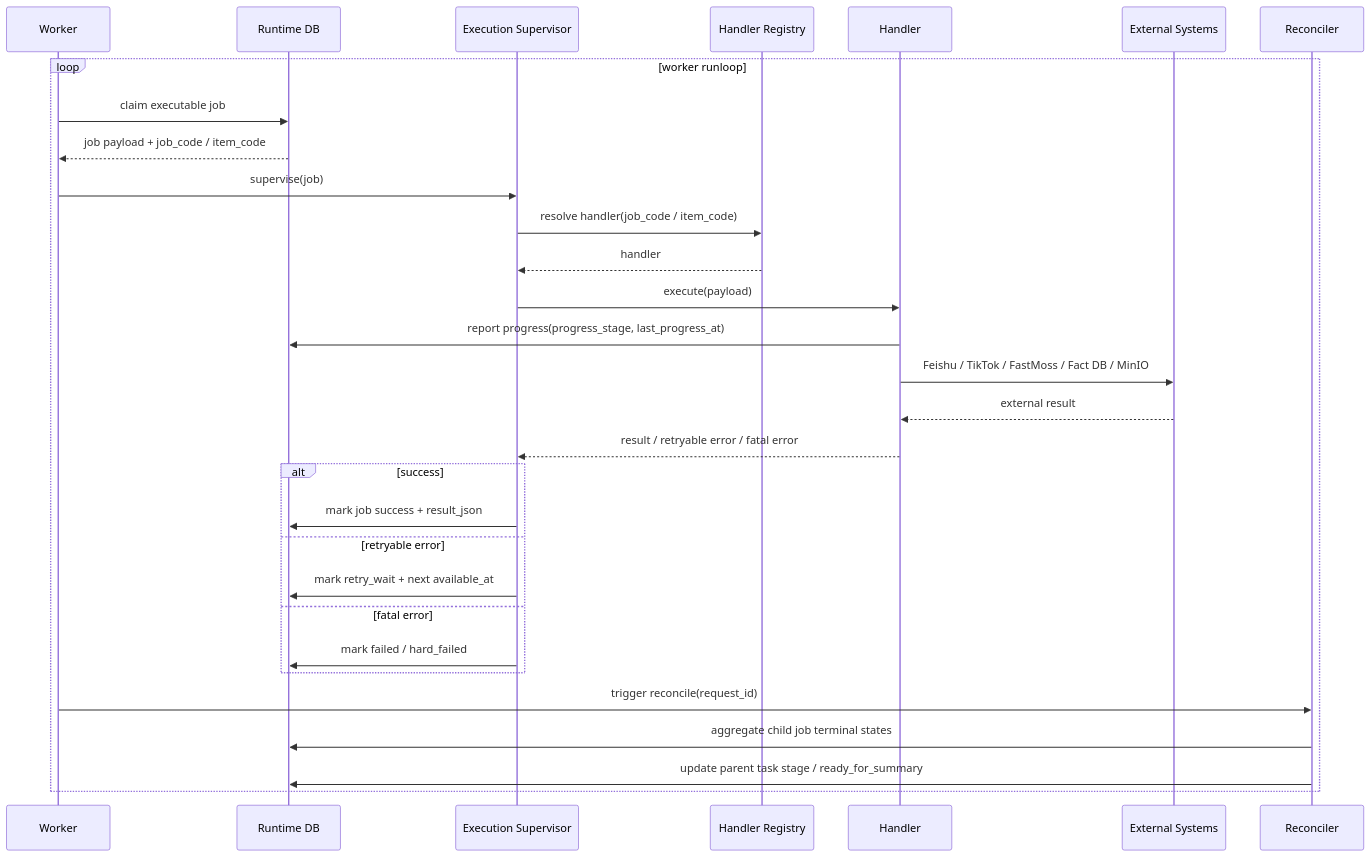
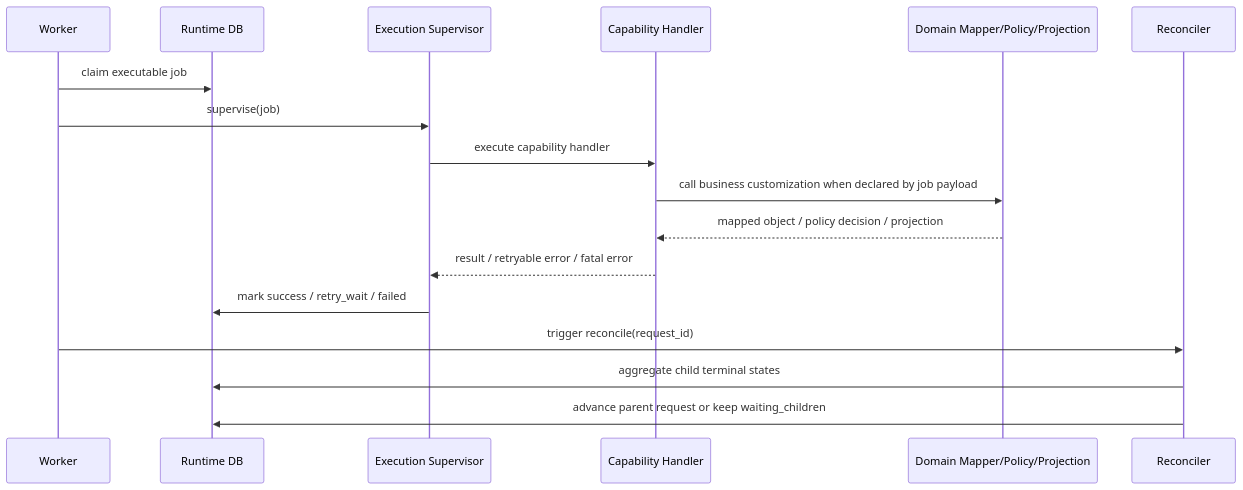
One commit to knighterrantsky/mujitask changed the fifth of 6 diagrams in docs/arch/current-system-architecture-design.md. Above: the diagram before and after it, drawn with Mermaid. The commit also changed other lines of this file and 49 other files, not shown here.

Commit message:
Add layered architecture contracts

````diff
--- a/docs/arch/current-system-architecture-design.md
+++ b/docs/arch/current-system-architecture-design.md
@@ -281,35 +376,20 @@
 ```mermaid
 sequenceDiagram
     participant W as Worker
     participant DB as Runtime DB
     participant S as Execution Supervisor
-    participant R as Handler Registry
-    participant H as Handler
-    participant X as External Systems
+    participant H as Capability Handler
+    participant D as Domain Mapper/Policy/Projection
     participant Rec as Reconciler
 
-    loop worker runloop
-        W->>DB: claim executable job
-        DB-->>W: job payload + job_code / item_code
-        W->>S: supervise(job)
-        S->>R: resolve handler(job_code / item_code)
-        R-->>S: handler
-        S->>H: execute(payload)
-        H->>DB: report progress(progress_stage, last_progress_at)
-        H->>X: Feishu / TikTok / FastMoss / Fact DB / MinIO
-        X-->>H: external result
-        H-->>S: result / retryable error / fatal error
-
-        alt success
-            S->>DB: mark job success + result_json
-        else retryable error
-            S->>DB: mark retry_wait + next available_at
-        else fatal error
-            S->>DB: mark failed / hard_failed
-        end
-
-        W->>Rec: trigger reconcile(request_id)
-        Rec->>DB: aggregate child job terminal states
-        Rec->>DB: update parent task stage / ready_for_summary
-    end
+    W->>DB: claim executable job
+    W->>S: supervise(job)
+    S->>H: execute capability handler
+    H->>D: call business customization when declared by job payload
+    D-->>H: mapped object / policy decision / projection
+    H-->>S: result / retryable error / fatal error
+    S->>DB: mark success / retry_wait / failed
+    W->>Rec: trigger reconcile(request_id)
+    Rec->>DB: aggregate child terminal states
+    Rec->>DB: advance parent request or keep waiting_children
 ```
````
